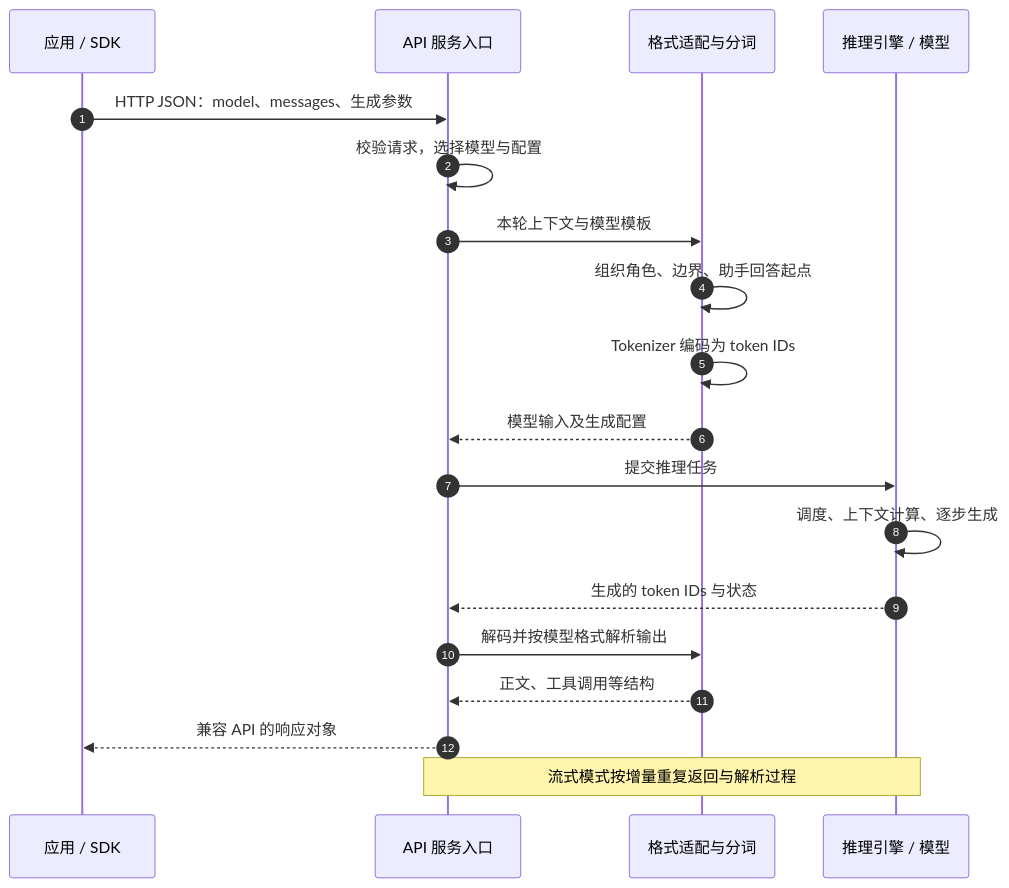
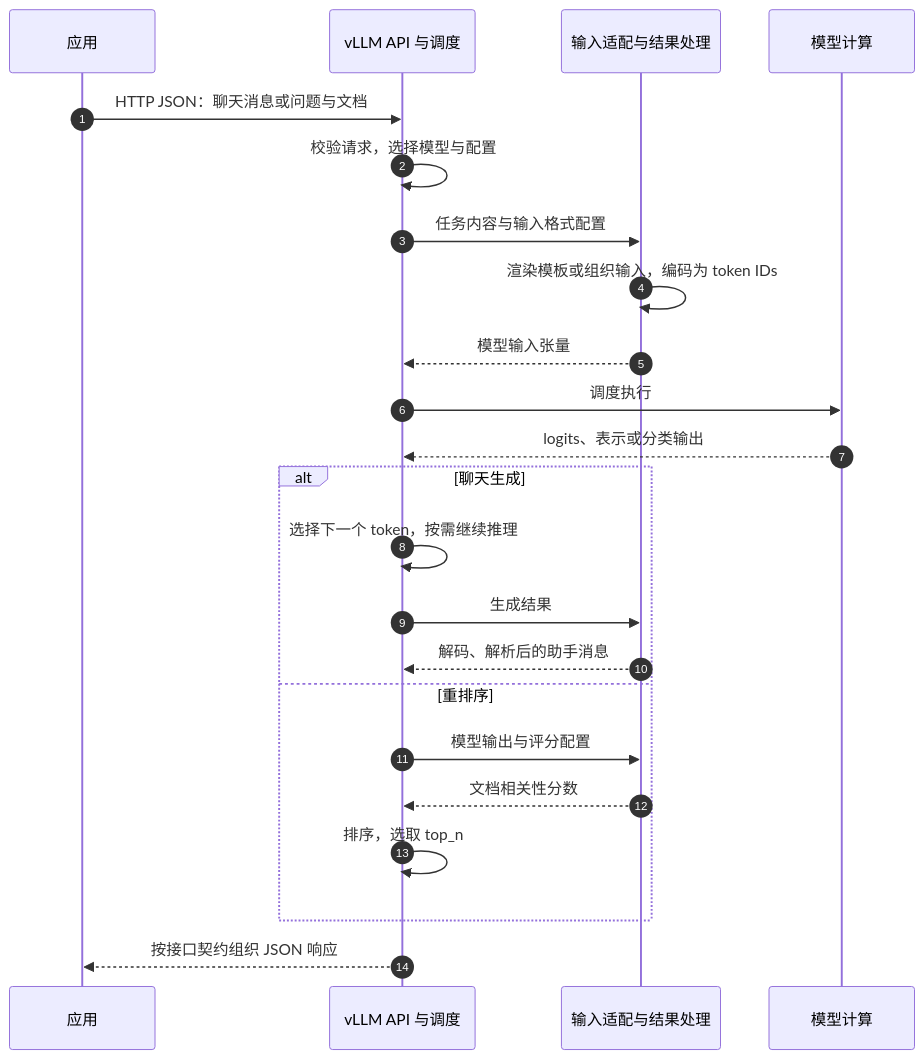
The second of 2 diagrams in _posts/2026-10-19-openai-api-context-chat-template-serving.md (puppylpg/puppylpg.github.io), drawn with Mermaid before and after one commit. The commit also changed other lines of this file and 1 other file, not shown here.

Commit message:
docs: explain model serving from tokens to HTTP APIs

````diff
--- a/_posts/2026-10-19-openai-api-context-chat-template-serving.md
+++ b/_posts/2026-10-19-openai-api-context-chat-template-serving.md
@@ -109,21 +290,25 @@
 ```mermaid
 sequenceDiagram
     autonumber
-    participant A as 应用 / SDK
-    participant S as API 服务入口
-    participant F as 格式适配与分词
-    participant E as 推理引擎 / 模型
-    A->>S: HTTP JSON：model、messages、生成参数
+    participant A as 应用
+    participant S as vLLM API 与调度
+    participant F as 输入适配与结果处理
+    participant M as 模型计算
+    A->>S: HTTP JSON：聊天消息或问题与文档
     S->>S: 校验请求，选择模型与配置
-    S->>F: 本轮上下文与模型模板
-    F->>F: 组织角色、边界、助手回答起点
-    F->>F: Tokenizer 编码为 token IDs
-    F-->>S: 模型输入及生成配置
-    S->>E: 提交推理任务
-    E->>E: 调度、上下文计算、逐步生成
-    E-->>S: 生成的 token IDs 与状态
-    S->>F: 解码并按模型格式解析输出
-    F-->>S: 正文、工具调用等结构
-    S-->>A: 兼容 API 的响应对象
-    Note over S,E: 流式模式按增量重复返回与解析过程
+    S->>F: 任务内容与输入格式配置
+    F->>F: 渲染模板或组织输入，编码为 token IDs
+    F-->>S: 模型输入张量
+    S->>M: 调度执行
+    M-->>S: logits、表示或分类输出
+    alt 聊天生成
+        S->>S: 选择下一个 token，按需继续推理
+        S->>F: 生成结果
+        F-->>S: 解码、解析后的助手消息
+    else 重排序
+        S->>F: 模型输出与评分配置
+        F-->>S: 文档相关性分数
+        S->>S: 排序，选取 top_n
+    end
+    S-->>A: 按接口契约组织 JSON 响应
 ```
````
